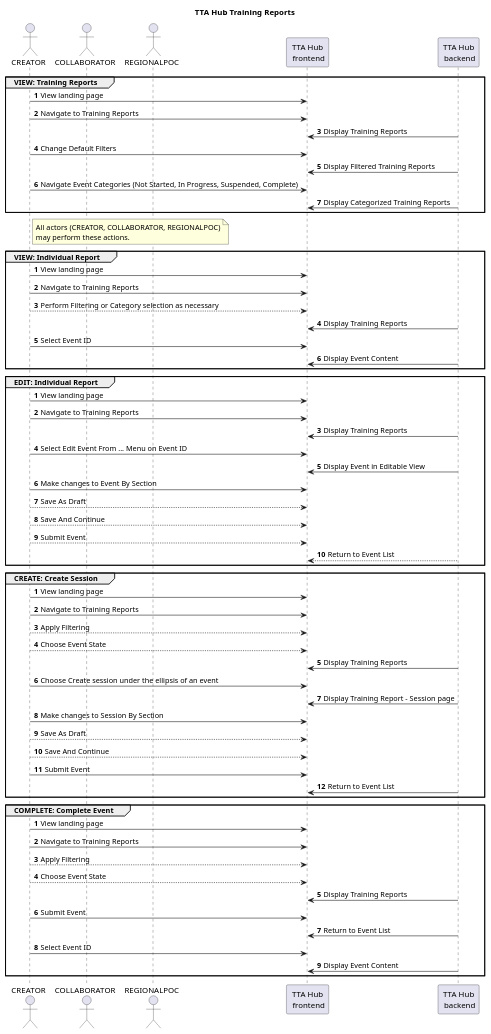
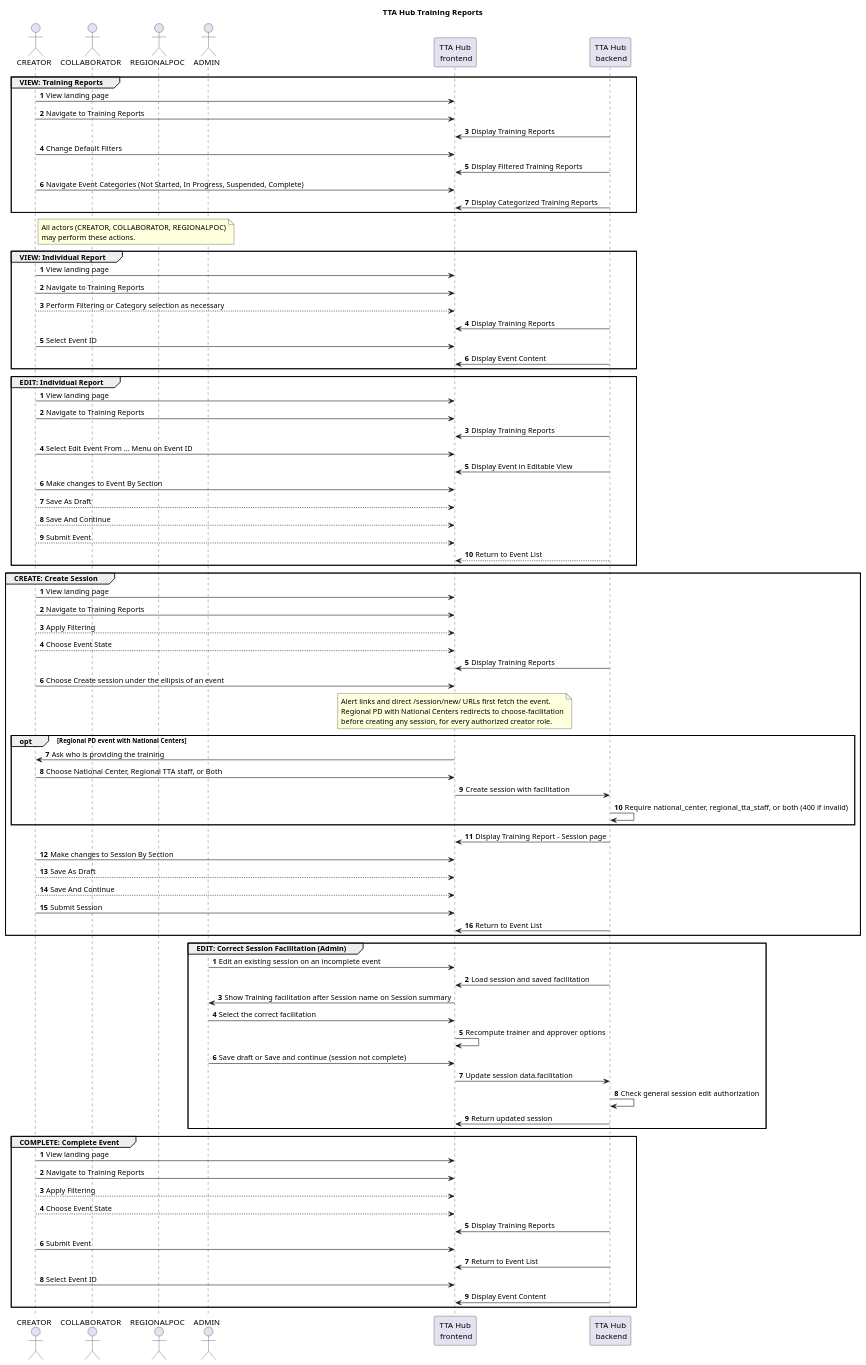
One commit to HHS/Head-Start-TTADP changed the diagram in docs/sequence-diagrams/training-reports.puml. Above: the diagram before and after it, drawn with PlantUML. The commit also changed 10 other files, not shown here.

Commit message:
[TTAHUB-5831] Repair and require session facilitation

```diff
--- a/docs/sequence-diagrams/training-reports.puml
+++ b/docs/sequence-diagrams/training-reports.puml
@@ -1,80 +1,105 @@
 @startuml
 
 title "TTA Hub Training Reports"
 
 actor CREATOR as CR
 actor COLLABORATOR as CL
 actor REGIONALPOC as RPOC
+actor ADMIN as AD
 participant "TTA Hub\n frontend" as FRONTEND
 participant "TTA Hub\n backend" as BACKEND
 
 group VIEW: Training Reports
     autonumber 1
     CR -> FRONTEND: View landing page
     CR -> FRONTEND: Navigate to Training Reports
     FRONTEND <- BACKEND : Display Training Reports
     CR -> FRONTEND : Change Default Filters
     FRONTEND <- BACKEND : Display Filtered Training Reports
     CR -> FRONTEND : Navigate Event Categories (Not Started, In Progress, Suspended, Complete)
     FRONTEND <- BACKEND : Display Categorized Training Reports
 end
 
 note right of CR
     All actors (CREATOR, COLLABORATOR, REGIONALPOC)
     may perform these actions.
 end note
 
 group VIEW: Individual Report
     autonumber 1
     CR -> FRONTEND : View landing page
     CR -> FRONTEND : Navigate to Training Reports
     CR --> FRONTEND : Perform Filtering or Category selection as necessary
     FRONTEND <- BACKEND : Display Training Reports
     CR -> FRONTEND : Select Event ID
     FRONTEND <- BACKEND : Display Event Content
 end
 
 group EDIT: Individual Report
     autonumber 1
     CR -> FRONTEND : View landing page
     CR -> FRONTEND : Navigate to Training Reports
     FRONTEND <- BACKEND : Display Training Reports
     CR -> FRONTEND: Select Edit Event From ... Menu on Event ID
     FRONTEND <- BACKEND: Display Event in Editable View
     CR -> FRONTEND: Make changes to Event By Section
     CR --> FRONTEND: Save As Draft
     CR --> FRONTEND: Save And Continue
     CR --> FRONTEND: Submit Event
     FRONTEND <-- BACKEND: Return to Event List
 end
 
 group CREATE: Create Session
     autonumber 1
     CR -> FRONTEND : View landing page
     CR -> FRONTEND : Navigate to Training Reports
     CR --> FRONTEND : Apply Filtering
     CR --> FRONTEND : Choose Event State
     FRONTEND <- BACKEND : Display Training Reports
     CR -> FRONTEND : Choose Create session under the ellipsis of an event
+    note over FRONTEND
+        Alert links and direct /session/new/ URLs first fetch the event.
+        Regional PD with National Centers redirects to choose-facilitation
+        before creating any session, for every authorized creator role.
+    end note
+    opt Regional PD event with National Centers
+        FRONTEND -> CR : Ask who is providing the training
+        CR -> FRONTEND : Choose National Center, Regional TTA staff, or Both
+        FRONTEND -> BACKEND : Create session with facilitation
+        BACKEND -> BACKEND : Require national_center, regional_tta_staff, or both (400 if invalid)
+    end
     FRONTEND <- BACKEND : Display Training Report - Session page
     CR -> FRONTEND: Make changes to Session By Section
     CR --> FRONTEND: Save As Draft
     CR --> FRONTEND: Save And Continue
-    CR -> FRONTEND: Submit Event
+    CR -> FRONTEND: Submit Session
     FRONTEND <- BACKEND: Return to Event List
+end
+
+group EDIT: Correct Session Facilitation (Admin)
+    autonumber 1
+    AD -> FRONTEND : Edit an existing session on an incomplete event
+    FRONTEND <- BACKEND : Load session and saved facilitation
+    FRONTEND -> AD : Show Training facilitation after Session name on Session summary
+    AD -> FRONTEND : Select the correct facilitation
+    FRONTEND -> FRONTEND : Recompute trainer and approver options
+    AD -> FRONTEND : Save draft or Save and continue (session not complete)
+    FRONTEND -> BACKEND : Update session data.facilitation
+    BACKEND -> BACKEND : Check general session edit authorization
+    FRONTEND <- BACKEND : Return updated session
 end
 
 group COMPLETE: Complete Event
     autonumber 1
     CR -> FRONTEND : View landing page
     CR -> FRONTEND : Navigate to Training Reports
     CR --> FRONTEND : Apply Filtering
     CR --> FRONTEND : Choose Event State
     FRONTEND <- BACKEND : Display Training Reports
     CR -> FRONTEND: Submit Event
     FRONTEND <- BACKEND: Return to Event List
     CR -> FRONTEND : Select Event ID
     FRONTEND <- BACKEND : Display Event Content
 end
 
 @enduml
```
